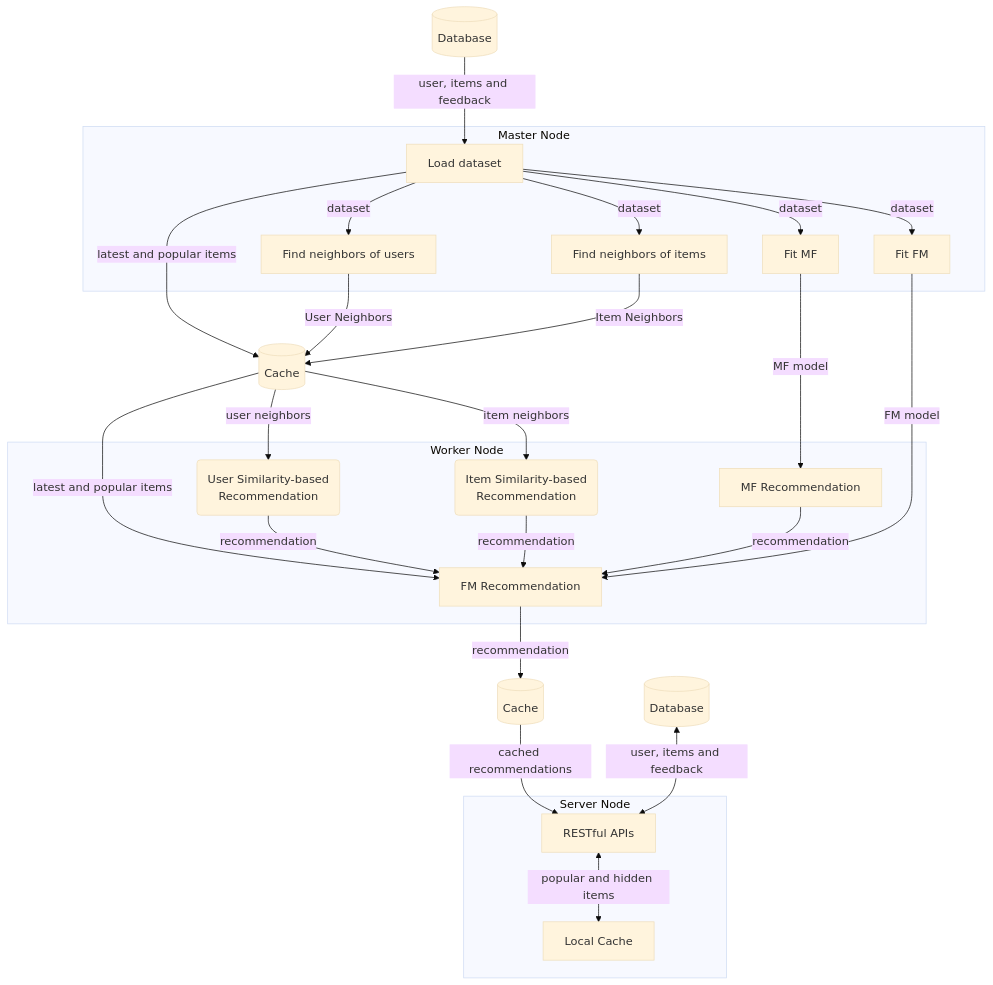
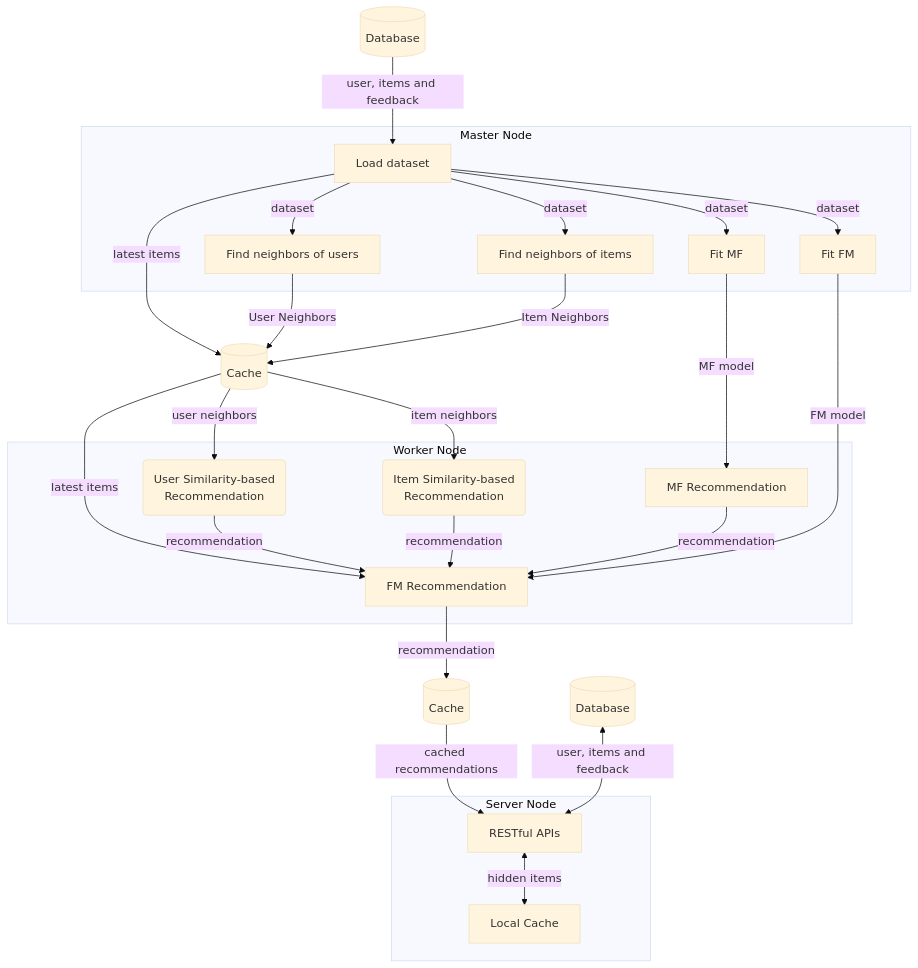
One commit to gorse-io/docs changed the first of 5 diagrams in src/docs/master/concepts/how-it-works.md. Above: the diagram before and after it, drawn with Mermaid (base theme). The commit also changed other lines of this file and 10 other files, not shown here.

````diff
--- a/src/docs/master/concepts/how-it-works.md
+++ b/src/docs/master/concepts/how-it-works.md
@@ -8,31 +8,31 @@
 ```mermaid
 flowchart TD
     database[(Database)]--user, items and feedback-->load[Load dataset]
-    load--latest and popular items-->cache[(Cache)]
+    load--latest items-->cache[(Cache)]
     find_users--User Neighbors-->cache
     find_items--Item Neighbors-->cache
     subgraph Master Node
         load--dataset-->find_users[Find neighbors of users]
         load--dataset-->find_items[Find neighbors of items]
         load--dataset-->fit_mf[Fit MF]
         load--dataset-->fit_fm[Fit FM]
     end
 
     cache2--cached recommendations-->api[RESTful APIs]
     database2[(Database)]<--user, items and feedback-->api
     subgraph Server Node
-        api<--popular and hidden items-->local_cache[Local Cache]
+        api<--hidden items-->local_cache[Local Cache]
     end
 
     cache--user neighbors-->user_based(User Similarity-based\nRecommendation)
     cache--item neighbors-->item_based(Item Similarity-based\nRecommendation)
-    cache--latest and popular items-->fm_predict
+    cache--latest items-->fm_predict
     fm_predict--recommendation-->cache2[(Cache)]
     subgraph Worker Node
         user_based--recommendation-->fm_predict
         item_based--recommendation-->fm_predict
         mf_predict--recommendation-->fm_predict
         fit_mf--MF model-->mf_predict[MF Recommendation]
         fit_fm--FM model-->fm_predict[FM Recommendation]
     end
 ```
````
